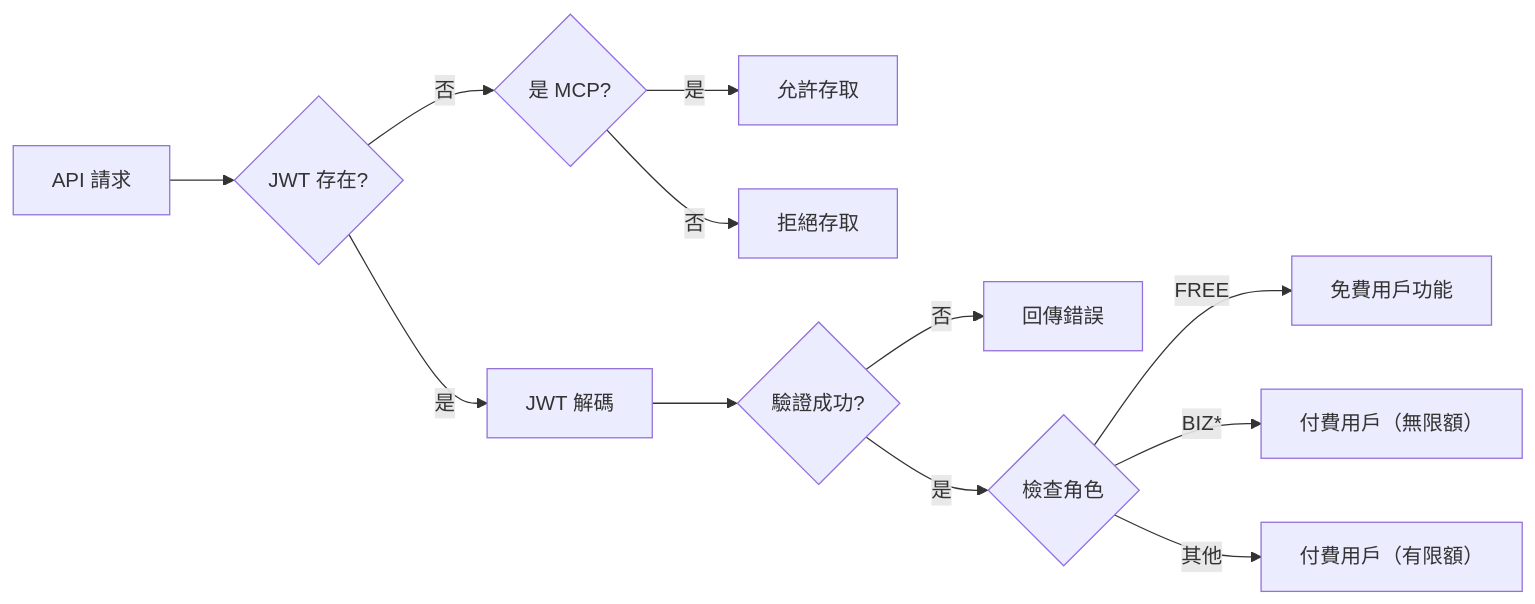
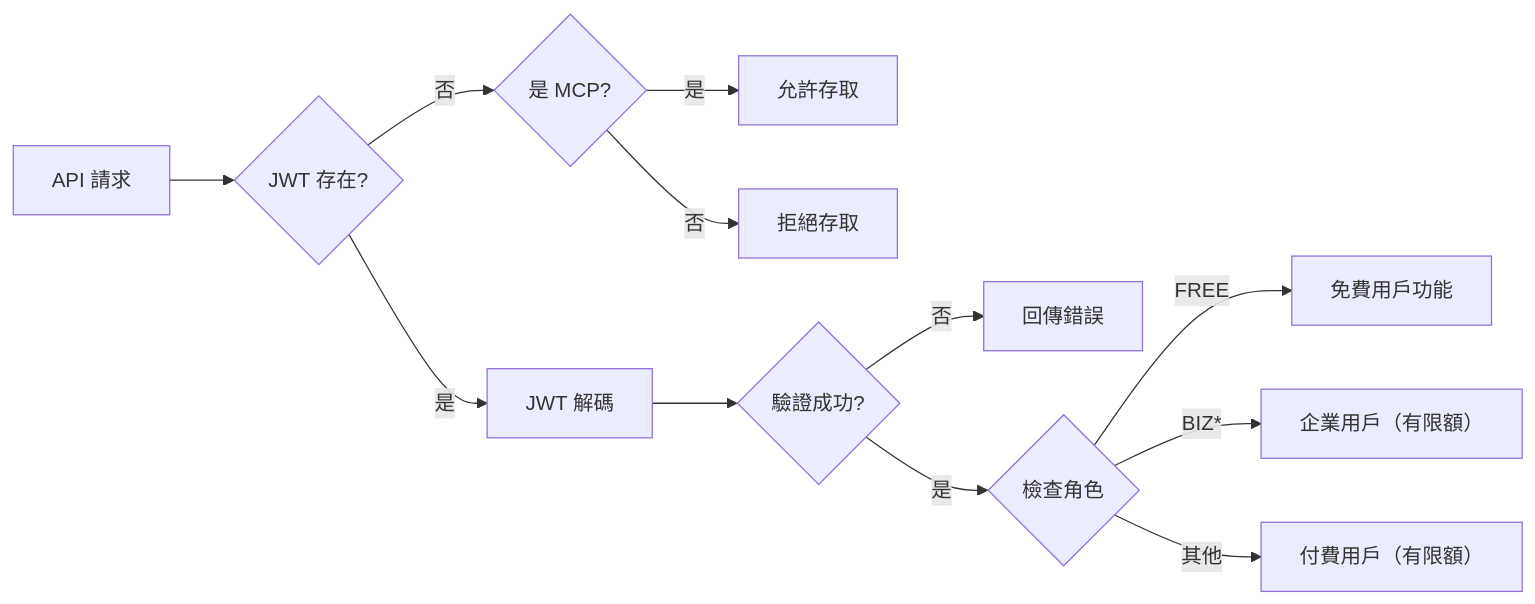
The sixth of 6 diagrams in ARCHITECTURE.md (x1001000/mm-madam-aws), drawn with Mermaid before and after one commit. The commit also changed other lines of this file and 1 other file, not shown here.

Commit message:
Enable usage limits for BIZ users instead of unlimited access
BIZ role users now go through the same usage limit checking flow as
FREE and PAID users, with limits defined in the Google Sheet CSV.
Updated USAGE_LIMITS_DEFAULT fallback and ARCHITECTURE docs accordingly.

````diff
--- a/ARCHITECTURE.md
+++ b/ARCHITECTURE.md
@@ -360,16 +360,16 @@
 ```mermaid
 flowchart LR
     Request["API 請求"] --> Check{JWT 存在?}
     Check -->|否| MCP{是 MCP?}
     MCP -->|是| Allow["允許存取"]
     MCP -->|否| Deny["拒絕存取"]
 
     Check -->|是| Decode["JWT 解碼"]
     Decode --> Verify{驗證成功?}
     Verify -->|否| Error["回傳錯誤"]
     Verify -->|是| CheckRole{檢查角色}
 
     CheckRole -->|FREE| Free["免費用戶功能"]
-    CheckRole -->|BIZ*| Biz["付費用戶（無限額）"]
+    CheckRole -->|BIZ*| Biz["企業用戶（有限額）"]
     CheckRole -->|其他| Paid["付費用戶（有限額）"]
 ```
````
